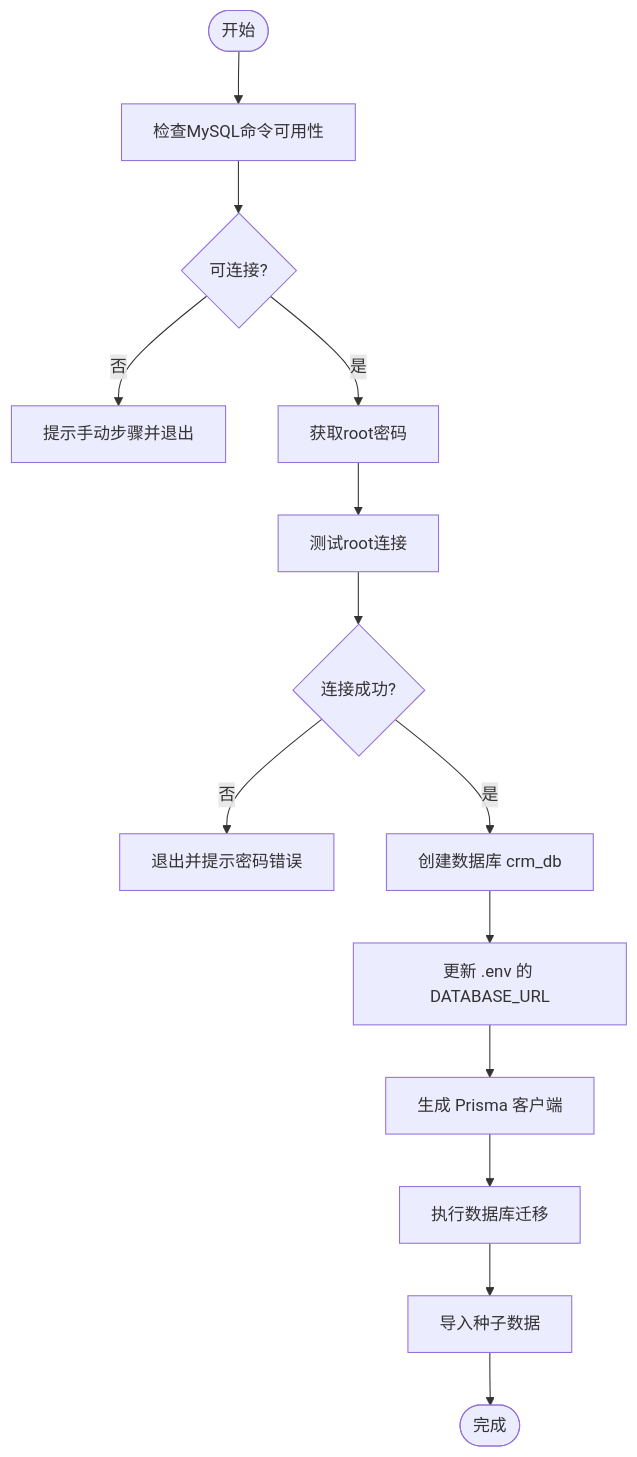
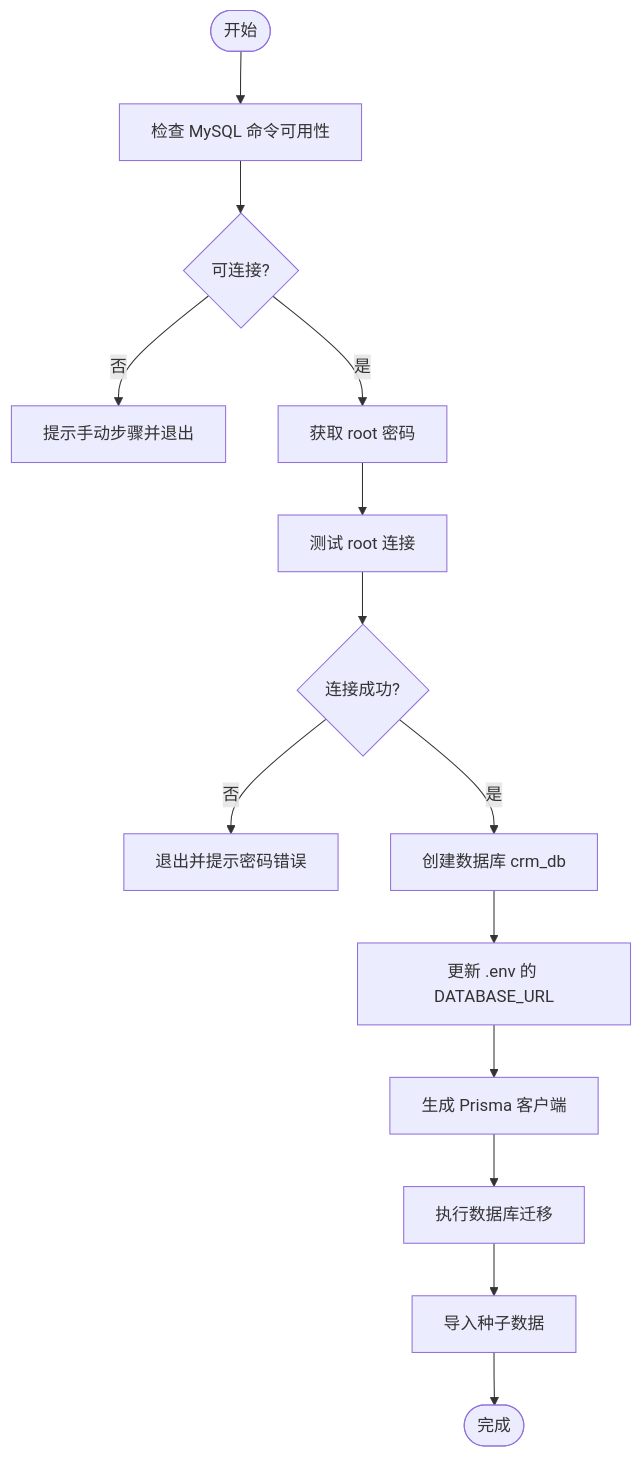
One commit to xianjianshenqu/SalesFlow-CRM changed the fourth of 9 diagrams in .qoder/repowiki/zh/content/开发指南/数据库设置自动化脚本.md. Above: the diagram before and after it, drawn with Mermaid. The commit also changed other lines of this file and 2 other files, not shown here.

````diff
--- a/.qoder/repowiki/zh/content/开发指南/数据库设置自动化脚本.md
+++ b/.qoder/repowiki/zh/content/开发指南/数据库设置自动化脚本.md
@@ -127,16 +189,16 @@
 ```mermaid
 flowchart TD
-Start(["开始"]) --> CheckMySQL["检查MySQL命令可用性"]
+Start(["开始"]) --> CheckMySQL["检查 MySQL 命令可用性"]
 CheckMySQL --> MySQLOK{"可连接?"}
 MySQLOK --> |否| ManualSteps["提示手动步骤并退出"]
-MySQLOK --> |是| GetPassword["获取root密码"]
-GetPassword --> TestConn["测试root连接"]
+MySQLOK --> |是| GetPassword["获取 root 密码"]
+GetPassword --> TestConn["测试 root 连接"]
 TestConn --> ConnOK{"连接成功?"}
 ConnOK --> |否| ExitFail["退出并提示密码错误"]
 ConnOK --> |是| CreateDB["创建数据库 crm_db"]
 CreateDB --> UpdateEnv["更新 .env 的 DATABASE_URL"]
 UpdateEnv --> GenClient["生成 Prisma 客户端"]
 GenClient --> Migrate["执行数据库迁移"]
 Migrate --> Seed["导入种子数据"]
 Seed --> Done(["完成"])
 ```
````
